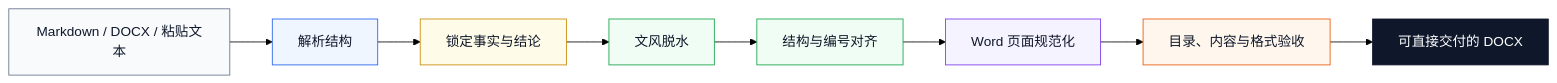
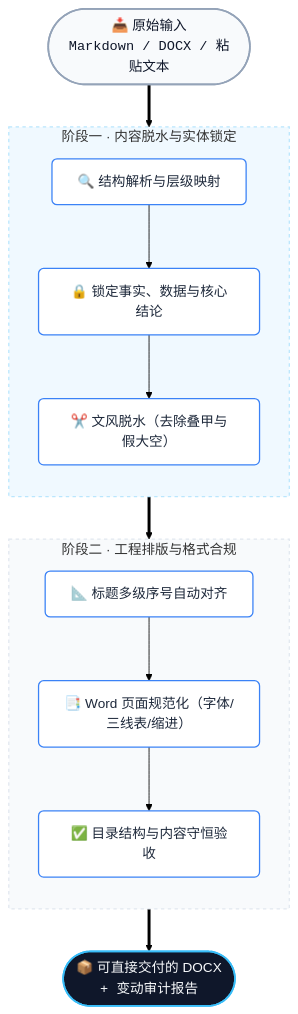
The diagram in README.md (Wattson-Law/avoid-over-ai-writing-skill), drawn with Mermaid (forest theme) before and after one commit.

Commit message:
Refine README processing pipeline diagram

````diff
--- a/README.md
+++ b/README.md
@@ -90,19 +90,37 @@
 ```mermaid
-flowchart LR
-    A[Markdown / DOCX / 粘贴文本] --> B[解析结构]
-    B --> C[锁定事实与结论]
-    C --> D[文风脱水]
-    D --> E[结构与编号对齐]
-    E --> F[Word 页面规范化]
-    F --> G[目录、内容与格式验收]
-    G --> H[可直接交付的 DOCX]
+flowchart TD
+    IN(["📥 原始输入<br><code>Markdown / DOCX / 粘贴文本</code>"])
 
-    style A fill:#f8fafc,stroke:#64748b,color:#0f172a
-    style B fill:#eff6ff,stroke:#2563eb,color:#0f172a
-    style C fill:#fefce8,stroke:#ca8a04,color:#0f172a
-    style D fill:#f0fdf4,stroke:#16a34a,color:#0f172a
-    style E fill:#f0fdf4,stroke:#16a34a,color:#0f172a
-    style F fill:#f5f3ff,stroke:#7c3aed,color:#0f172a
-    style G fill:#fff7ed,stroke:#ea580c,color:#0f172a
-    style H fill:#0f172a,stroke:#0f172a,color:#ffffff
+    subgraph P1 ["阶段一 · 内容脱水与实体锁定"]
+        direction TB
+        A1["🔍 结构解析与层级映射"]
+        A2["🔒 锁定事实、数据与核心结论"]
+        A3["✂️ 文风脱水（去除叠甲与假大空）"]
+        A1 --> A2 --> A3
+    end
+
+    subgraph P2 ["阶段二 · 工程排版与格式合规"]
+        direction TB
+        B1["📐 标题多级序号自动对齐"]
+        B2["📑 Word 页面规范化（字体/三线表/缩进）"]
+        B3["✅ 目录结构与内容守恒验收"]
+        B1 --> B2 --> B3
+    end
+
+    OUT(["📦 可直接交付的 DOCX<br><code>+ 变动审计报告</code>"])
+
+    IN ==> P1
+    P1 ==> P2
+    P2 ==> OUT
+
+    classDef inputStyle fill:#f8fafc,stroke:#94a3b8,stroke-width:2px,color:#0f172a,rx:8px,ry:8px;
+    classDef coreStyle fill:#ffffff,stroke:#3b82f6,stroke-width:1.5px,color:#1e293b,rx:6px,ry:6px;
+    classDef outStyle fill:#0f172a,stroke:#38bdf8,stroke-width:2px,color:#f8fafc,rx:8px,ry:8px;
+
+    class IN inputStyle;
+    class A1,A2,A3,B1,B2,B3 coreStyle;
+    class OUT outStyle;
+
+    style P1 fill:#f0f9ff,stroke:#bae6fd,stroke-width:1.5px,stroke-dasharray:4 4;
+    style P2 fill:#f8fafc,stroke:#e2e8f0,stroke-width:1.5px,stroke-dasharray:4 4;
 ```
````
